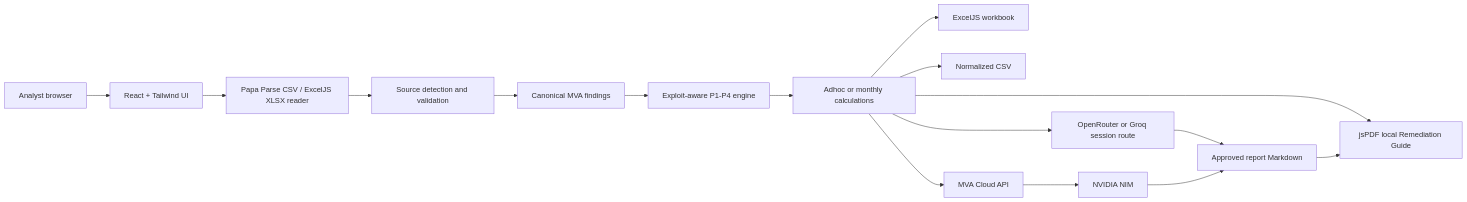
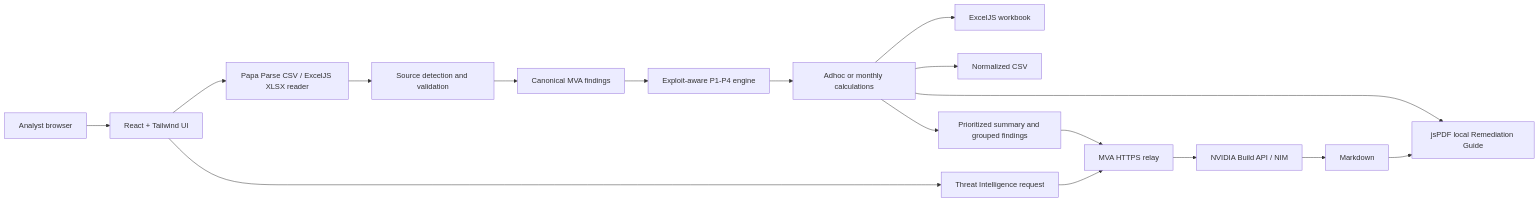
The diagram in docs/FINAL_PRODUCTION_HANDOVER.md (DrHayabusa/unified-tool), drawn with Mermaid before and after one commit. The commit also changed other lines of this file, not shown here.

````diff
--- a/docs/FINAL_PRODUCTION_HANDOVER.md
+++ b/docs/FINAL_PRODUCTION_HANDOVER.md
@@ -54,18 +57,19 @@
 ```mermaid
 flowchart LR
   User["Analyst browser"] --> UI["React + Tailwind UI"]
   UI --> Parser["Papa Parse CSV / ExcelJS XLSX reader"]
   Parser --> Detect["Source detection and validation"]
   Detect --> Normalize["Canonical MVA findings"]
   Normalize --> Priority["Exploit-aware P1-P4 engine"]
   Priority --> Dashboards["Adhoc or monthly calculations"]
   Dashboards --> Excel["ExcelJS workbook"]
   Dashboards --> CSV["Normalized CSV"]
   Dashboards --> LocalPDF["jsPDF local Remediation Guide"]
-  Dashboards --> DirectAI["OpenRouter or Groq session route"]
-  Dashboards --> CloudAPI["MVA Cloud API"]
-  CloudAPI --> NVIDIA["NVIDIA NIM"]
-  DirectAI --> Markdown["Approved report Markdown"]
+  Dashboards --> Prompt["Prioritized summary and grouped findings"]
+  Prompt --> Relay["MVA HTTPS relay"]
+  UI --> Intel["Threat Intelligence request"]
+  Intel --> Relay
+  Relay --> NVIDIA["NVIDIA Build API / NIM"]
   NVIDIA --> Markdown
   Markdown --> LocalPDF
 ```
````
